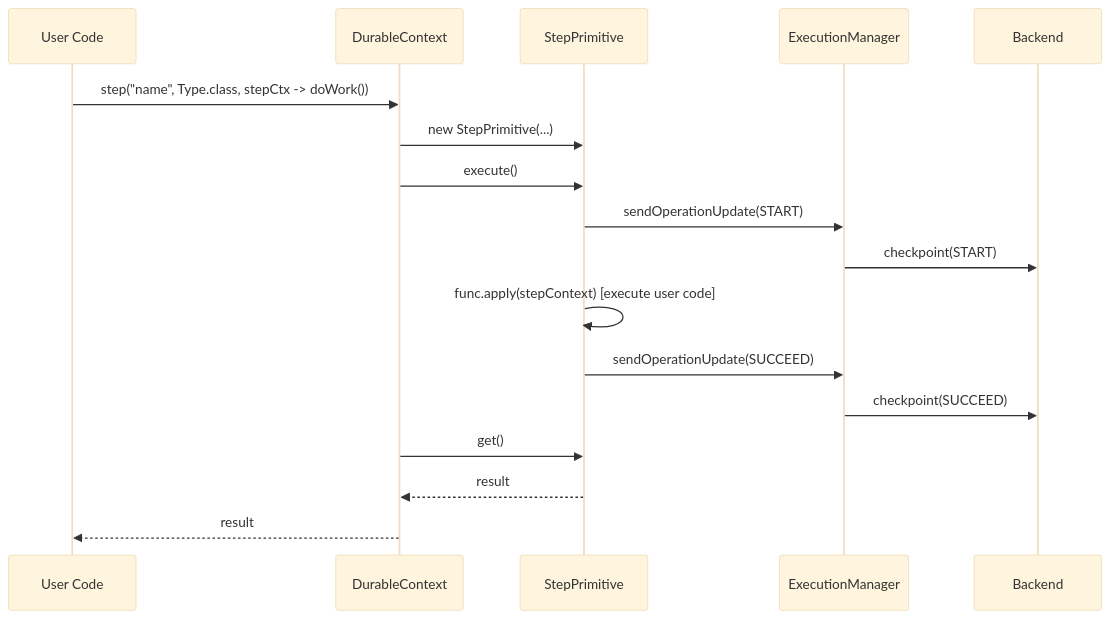
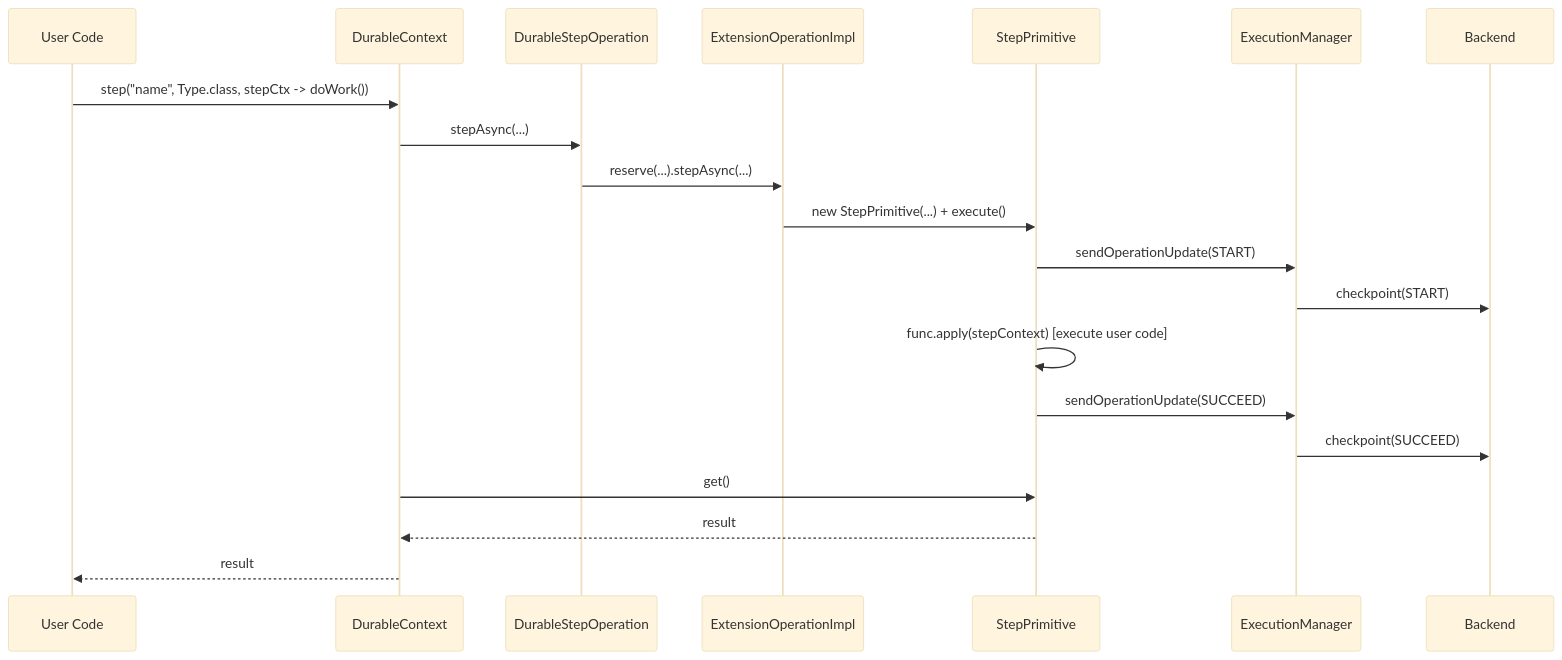
One commit to aws/aws-durable-execution-sdk-java changed the first of 3 diagrams in docs/design.md. Above: the diagram before and after it, drawn with Mermaid (base theme). The commit also changed other lines of this file and 64 other files, not shown here.

Commit message:
fix: preserve extension operation compatibility

````diff
--- a/docs/design.md
+++ b/docs/design.md
@@ -404,23 +412,26 @@
 ```mermaid
 sequenceDiagram
     participant UC as User Code
     participant DC as DurableContext
-    participant SO as StepPrimitive
+    participant DSO as DurableStepOperation
+    participant EO as ExtensionOperationImpl
+    participant SP as StepPrimitive
     participant EM as ExecutionManager
     participant Backend
 
     UC->>DC: step("name", Type.class, stepCtx -> doWork())
-    DC->>SO: new StepPrimitive(...)
-    DC->>SO: execute()
-    SO->>EM: sendOperationUpdate(START)
+    DC->>DSO: stepAsync(...)
+    DSO->>EO: reserve(...).stepAsync(...)
+    EO->>SP: new StepPrimitive(...) + execute()
+    SP->>EM: sendOperationUpdate(START)
     EM->>Backend: checkpoint(START)
     
-    SO->>SO: func.apply(stepContext) [execute user code]
+    SP->>SP: func.apply(stepContext) [execute user code]
     
-    SO->>EM: sendOperationUpdate(SUCCEED)
+    SP->>EM: sendOperationUpdate(SUCCEED)
     EM->>Backend: checkpoint(SUCCEED)
     
-    DC->>SO: get()
-    SO-->>DC: result
+    DC->>SP: get()
+    SP-->>DC: result
     DC-->>UC: result
 ```
````
